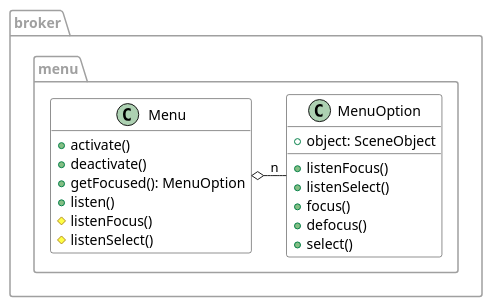
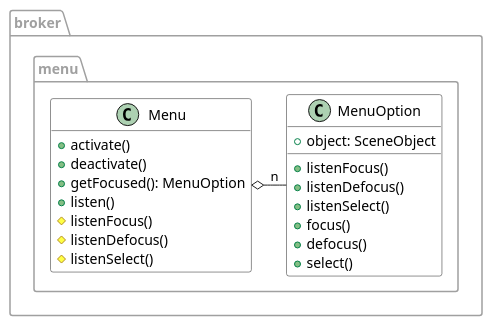
Before and after one commit to fal-works/broker: the diagram in docs/menu.puml, drawn with PlantUML. The commit also changed 5 other files, not shown here.

Commit message:
menu: add listenDefocus()

```diff
--- a/docs/menu.puml
+++ b/docs/menu.puml
@@ -1,48 +1,50 @@
 @startuml menu
 
 ' ---- (style) --------------------------------
 
 skinparam shadowing false
 skinparam backgroundColor White
 skinparam package {
   BorderColor #A0A0A0
   FontColor #A0A0A0
 }
 skinparam class {
   BackgroundColor White
   ArrowColor #202020
   BorderColor #202020
   FontColor #000000
 }
 skinparam note {
   BackgroundColor White
   FontColor #606060
   BorderColor #C0C0C0
 }
 skinparam stereotypeIBackgroundColor Lavender
 hide empty members
 
 ' ---- (diagram) ------------------------------
 
 package broker.menu {
 	class Menu {
     +activate()
     +deactivate()
     +getFocused(): MenuOption
     +listen()
     #listenFocus()
+    #listenDefocus()
     #listenSelect()
   }
 	class MenuOption {
     +object: SceneObject
     +listenFocus()
+    +listenDefocus()
     +listenSelect()
     +focus()
     +defocus()
     +select()
   }
 
   Menu o-r- "n" MenuOption
 }
 
 @enduml
```
